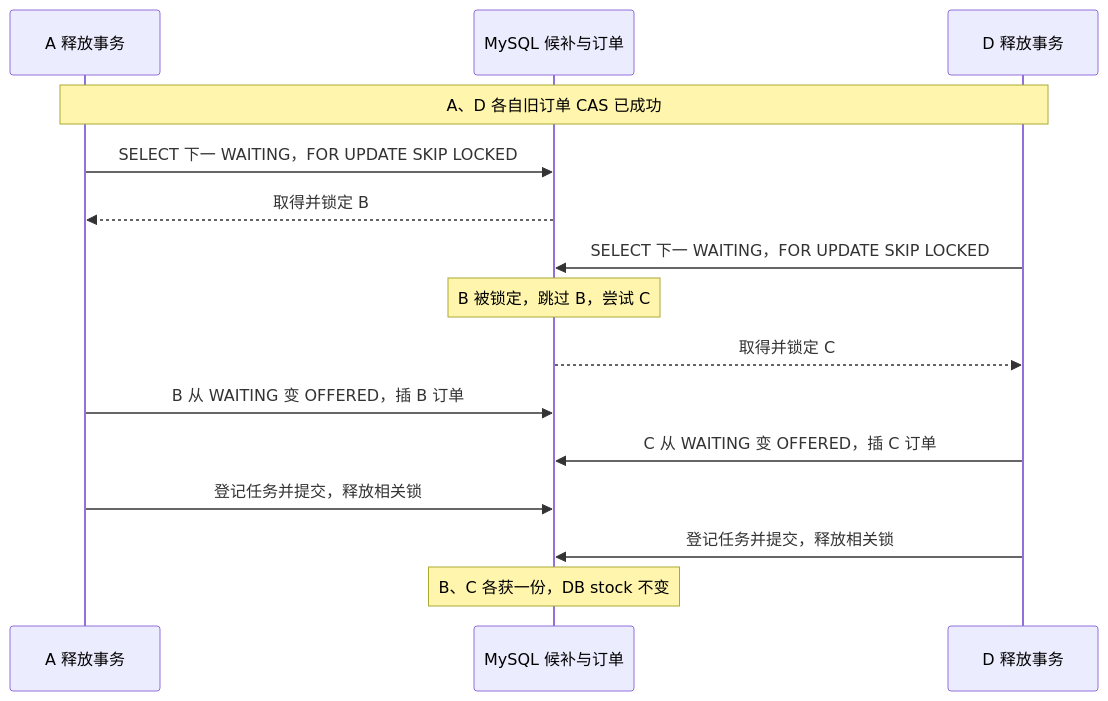
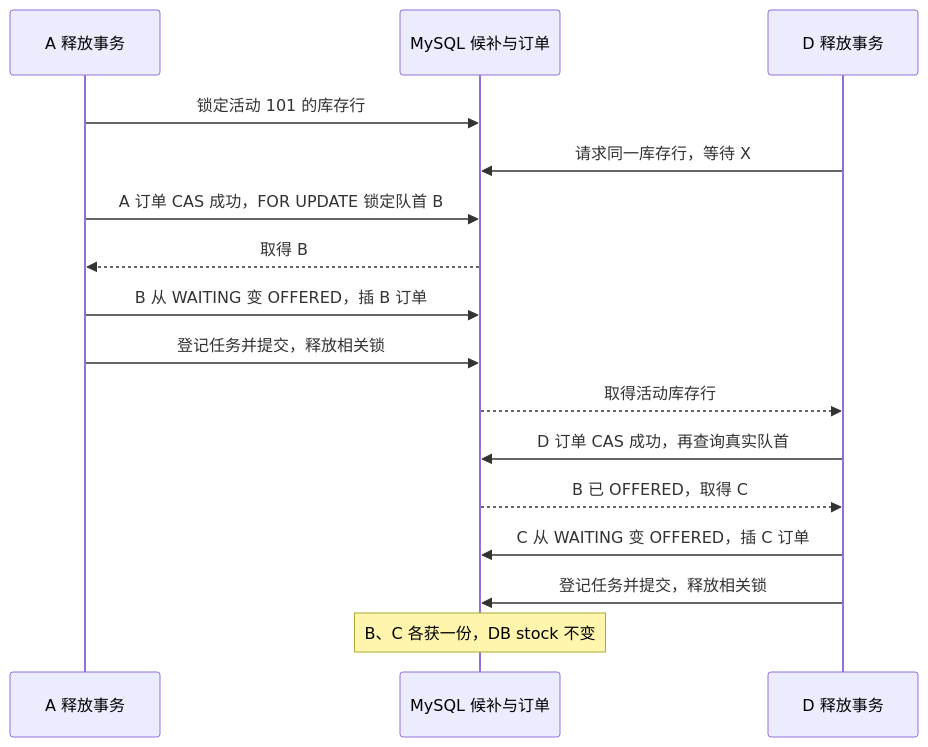
Before and after one commit to SyH-101/citypass-platform: the fifth of 11 diagrams in 03-候补调度与资源交接.md, drawn with Mermaid. The commit also changed other lines of this file and 1 other file, not shown here.

````diff
--- a/03-候补调度与资源交接.md
+++ b/03-候补调度与资源交接.md
@@ -599,17 +621,18 @@
 ```mermaid
 sequenceDiagram
     participant X as A 释放事务
     participant DB as MySQL 候补与订单
     participant Y as D 释放事务
-    Note over X,Y: A、D 各自旧订单 CAS 已成功
-    X->>DB: SELECT 下一 WAITING，FOR UPDATE SKIP LOCKED
-    DB-->>X: 取得并锁定 B
-    Y->>DB: SELECT 下一 WAITING，FOR UPDATE SKIP LOCKED
-    Note over DB: B 被锁定，跳过 B，尝试 C
-    DB-->>Y: 取得并锁定 C
+    X->>DB: 锁定活动 101 的库存行
+    Y->>DB: 请求同一库存行，等待 X
+    X->>DB: A 订单 CAS 成功，FOR UPDATE 锁定队首 B
+    DB-->>X: 取得 B
     X->>DB: B 从 WAITING 变 OFFERED，插 B 订单
+    X->>DB: 登记任务并提交，释放相关锁
+    DB-->>Y: 取得活动库存行
+    Y->>DB: D 订单 CAS 成功，再查询真实队首
+    DB-->>Y: B 已 OFFERED，取得 C
     Y->>DB: C 从 WAITING 变 OFFERED，插 C 订单
-    X->>DB: 登记任务并提交，释放相关锁
     Y->>DB: 登记任务并提交，释放相关锁
     Note over DB: B、C 各获一份，DB stock 不变
 ```
````
